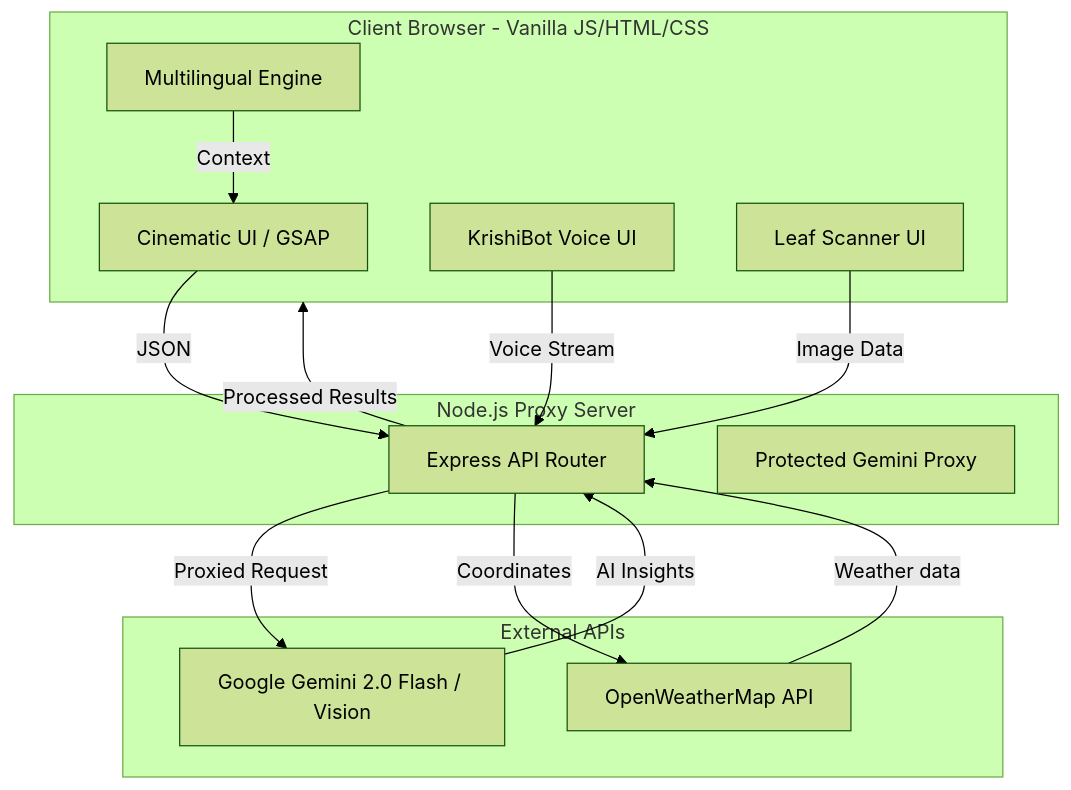
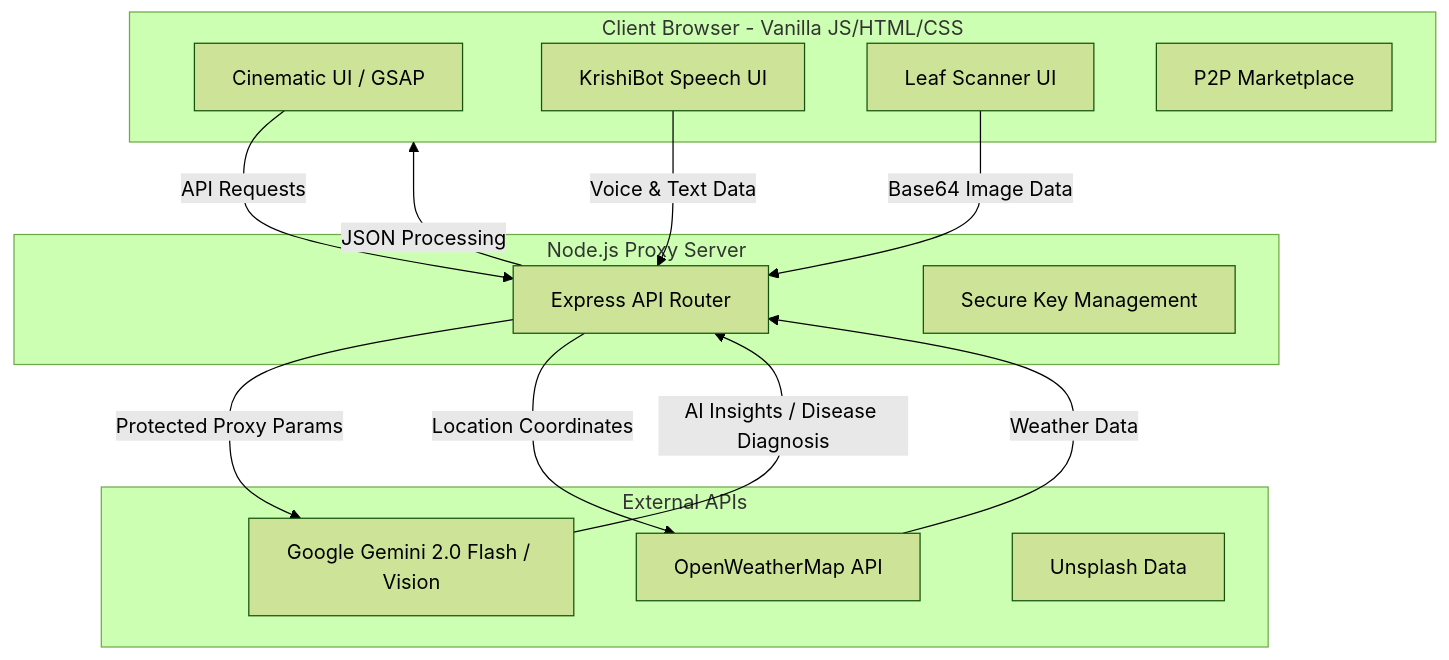
One commit to Partha-zzz/BharatFarm changed the diagram in README.md. Above: the diagram before and after it, drawn with Mermaid (forest theme). The commit also changed other lines of this file and 28 other files, not shown here.

````diff
--- a/README.md
+++ b/README.md
@@ -63,35 +47,35 @@
 ```mermaid
 graph TD
     %% Frontend Layer
     subgraph Frontend [Client Browser - Vanilla JS/HTML/CSS]
         UI[Cinematic UI / GSAP]
-        Lang[Multilingual Engine]
-        Chat[KrishiBot Voice UI]
+        Chat[KrishiBot Speech UI]
         Scan[Leaf Scanner UI]
+        Market[P2P Marketplace]
     end
 
     %% Backend Layer
     subgraph Backend [Node.js Proxy Server]
         API[Express API Router]
-        Secure[Protected Gemini Proxy]
+        Auth[Secure Key Management]
     end
 
     %% External AI & Services
     subgraph Services [External APIs]
         Gemini[Google Gemini 2.0 Flash / Vision]
         Weather[OpenWeatherMap API]
+        Images[Unsplash Data]
     end
 
     %% Data Flow
-    UI -->|JSON| API
-    Lang -->|Context| UI
-    Chat -->|Voice Stream| API
-    Scan -->|Image Data| API
+    UI -->|API Requests| API
+    Chat -->|Voice & Text Data| API
+    Scan -->|Base64 Image Data| API
     
-    API -->|Proxied Request| Gemini
-    API -->|Coordinates| Weather
+    API -->|Protected Proxy Params| Gemini
+    API -->|Location Coordinates| Weather
     
-    Gemini -->|AI Insights| API
-    Weather -->|Weather data| API
-    API -->|Processed Results| Frontend
+    Gemini -->|AI Insights / Disease Diagnosis| API
+    Weather -->|Weather Data| API
+    API -->|JSON Processing| Frontend
 ```
````
